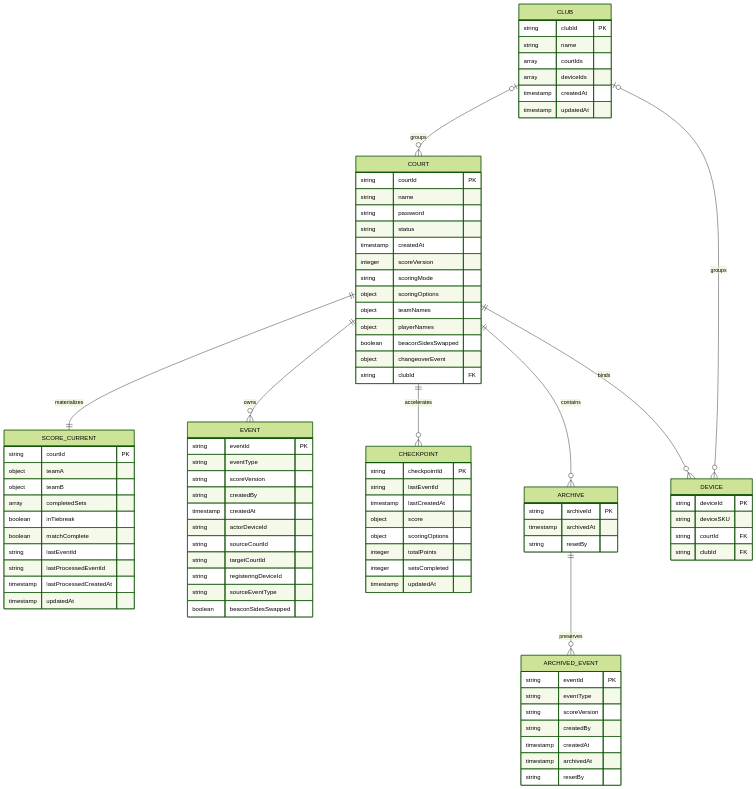
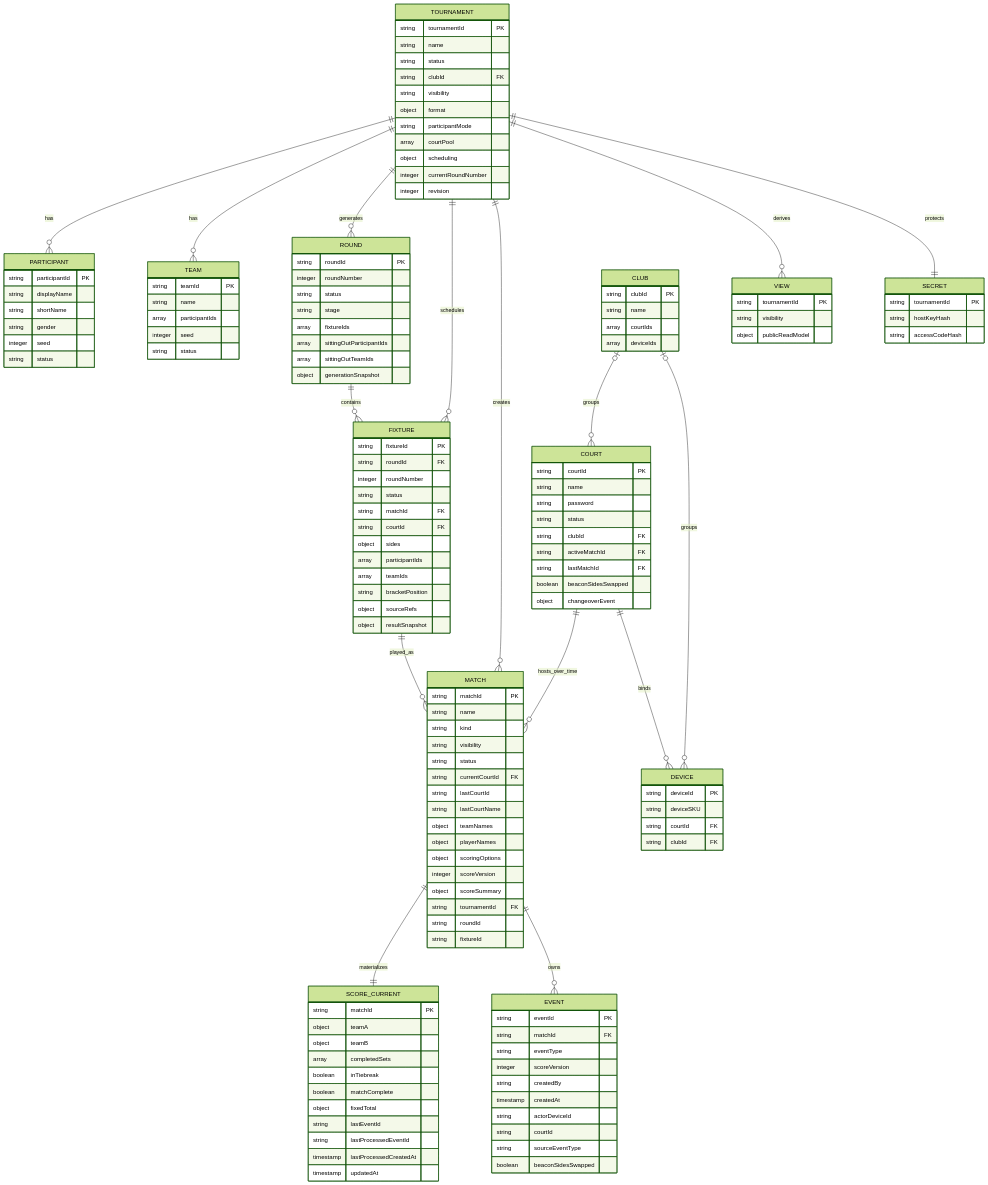
One commit to creepyLANguy/PuntoPrototype changed the diagram in docs/PP_Data_Model.mmd. Above: the diagram before and after it, drawn with Mermaid (forest theme). The commit also changed 32 other files, not shown here.

First line of the commit message:
docs: synchronise documentation with match-scoped tournament suite

```diff
--- a/docs/PP_Data_Model.mmd
+++ b/docs/PP_Data_Model.mmd
@@ -1,95 +1,157 @@
 erDiagram
     COURT {
         string courtId PK
         string name
         string password
         string status
-        timestamp createdAt
-        integer scoreVersion
-        string scoringMode
-        object scoringOptions
+        string clubId FK
+        string activeMatchId FK
+        string lastMatchId FK
+        boolean beaconSidesSwapped
+        object changeoverEvent
+    }
+
+    MATCH {
+        string matchId PK
+        string name
+        string kind
+        string visibility
+        string status
+        string currentCourtId FK
+        string lastCourtId
+        string lastCourtName
         object teamNames
         object playerNames
-        boolean beaconSidesSwapped
-        object changeoverEvent
-        string clubId FK
-    }
-
-    CLUB {
-        string clubId PK
-        string name
-        array courtIds
-        array deviceIds
-        timestamp createdAt
-        timestamp updatedAt
+        object scoringOptions
+        integer scoreVersion
+        object scoreSummary
+        string tournamentId FK
+        string roundId
+        string fixtureId
     }
 
     SCORE_CURRENT {
-        string courtId PK
+        string matchId PK
         object teamA
         object teamB
         array completedSets
         boolean inTiebreak
         boolean matchComplete
+        object fixedTotal
         string lastEventId
         string lastProcessedEventId
         timestamp lastProcessedCreatedAt
         timestamp updatedAt
     }
 
     EVENT {
         string eventId PK
+        string matchId FK
         string eventType
-        string scoreVersion
+        integer scoreVersion
         string createdBy
         timestamp createdAt
         string actorDeviceId
-        string sourceCourtId
-        string targetCourtId
-        string registeringDeviceId
+        string courtId
         string sourceEventType
         boolean beaconSidesSwapped
     }
 
-    CHECKPOINT {
-        string checkpointId PK
-        string lastEventId
-        timestamp lastCreatedAt
-        object score
-        object scoringOptions
-        integer totalPoints
-        integer setsCompleted
-        timestamp updatedAt
+    TOURNAMENT {
+        string tournamentId PK
+        string name
+        string status
+        string clubId FK
+        string visibility
+        object format
+        string participantMode
+        array courtPool
+        object scheduling
+        integer currentRoundNumber
+        integer revision
     }
 
-    ARCHIVE {
-        string archiveId PK
-        timestamp archivedAt
-        string resetBy
+    PARTICIPANT {
+        string participantId PK
+        string displayName
+        string shortName
+        string gender
+        integer seed
+        string status
     }
 
-    ARCHIVED_EVENT {
-        string eventId PK
-        string eventType
-        string scoreVersion
-        string createdBy
-        timestamp createdAt
-        timestamp archivedAt
-        string resetBy
+    TEAM {
+        string teamId PK
+        string name
+        array participantIds
+        integer seed
+        string status
+    }
+
+    ROUND {
+        string roundId PK
+        integer roundNumber
+        string status
+        string stage
+        array fixtureIds
+        array sittingOutParticipantIds
+        array sittingOutTeamIds
+        object generationSnapshot
+    }
+
+    FIXTURE {
+        string fixtureId PK
+        string roundId FK
+        integer roundNumber
+        string status
+        string matchId FK
+        string courtId FK
+        object sides
+        array participantIds
+        array teamIds
+        string bracketPosition
+        object sourceRefs
+        object resultSnapshot
+    }
+
+    VIEW {
+        string tournamentId PK
+        string visibility
+        object publicReadModel
+    }
+
+    SECRET {
+        string tournamentId PK
+        string hostKeyHash
+        string accessCodeHash
+    }
+
+    CLUB {
+        string clubId PK
+        string name
+        array courtIds
+        array deviceIds
     }
 
     DEVICE {
         string deviceId PK
         string deviceSKU
         string courtId FK
         string clubId FK
     }
 
-    COURT ||--|| SCORE_CURRENT : materializes
-    COURT ||--o{ EVENT : owns
-    COURT ||--o{ CHECKPOINT : accelerates
-    COURT ||--o{ ARCHIVE : contains
-    ARCHIVE ||--o{ ARCHIVED_EVENT : preserves
+    COURT ||--o{ MATCH : hosts_over_time
     COURT ||--o{ DEVICE : binds
+    MATCH ||--|| SCORE_CURRENT : materializes
+    MATCH ||--o{ EVENT : owns
+    TOURNAMENT ||--o{ PARTICIPANT : has
+    TOURNAMENT ||--o{ TEAM : has
+    TOURNAMENT ||--o{ ROUND : generates
+    TOURNAMENT ||--o{ FIXTURE : schedules
+    TOURNAMENT ||--o{ MATCH : creates
+    ROUND ||--o{ FIXTURE : contains
+    FIXTURE ||--o{ MATCH : played_as
+    TOURNAMENT ||--o{ VIEW : derives
+    TOURNAMENT ||--|| SECRET : protects
     CLUB |o--o{ COURT : groups
     CLUB |o--o{ DEVICE : groups
```
